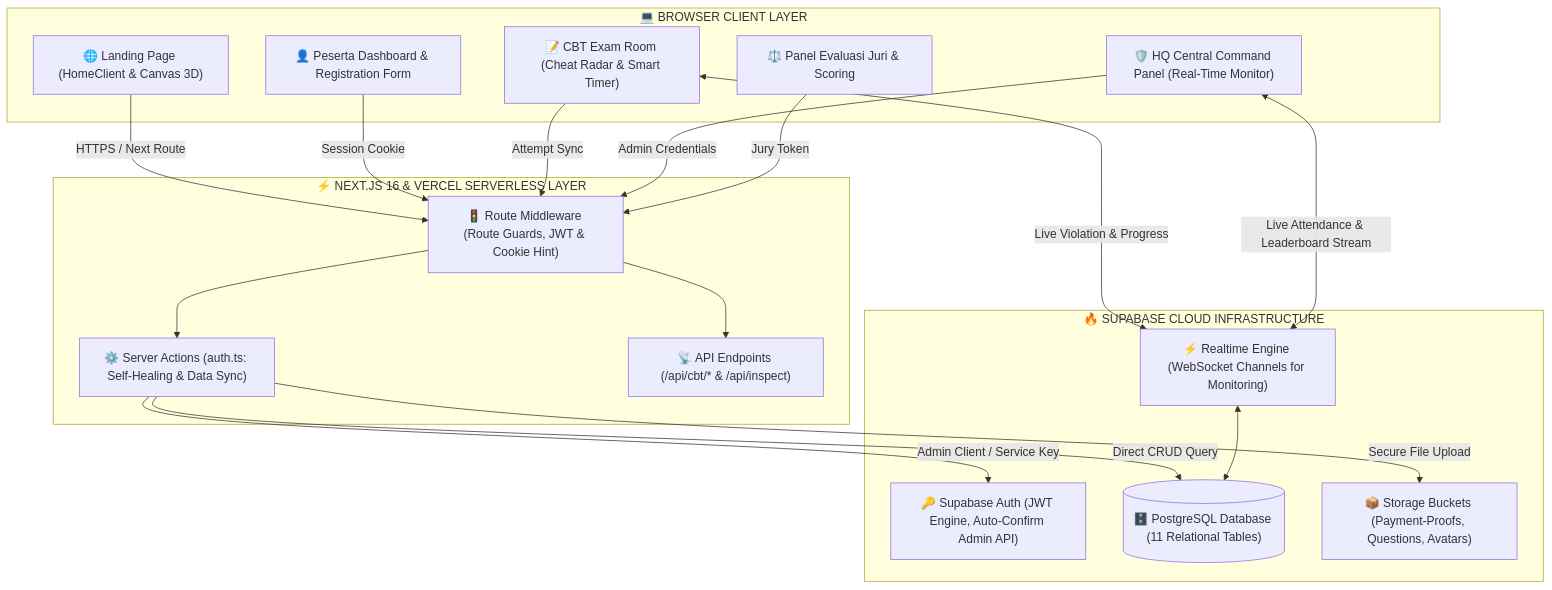
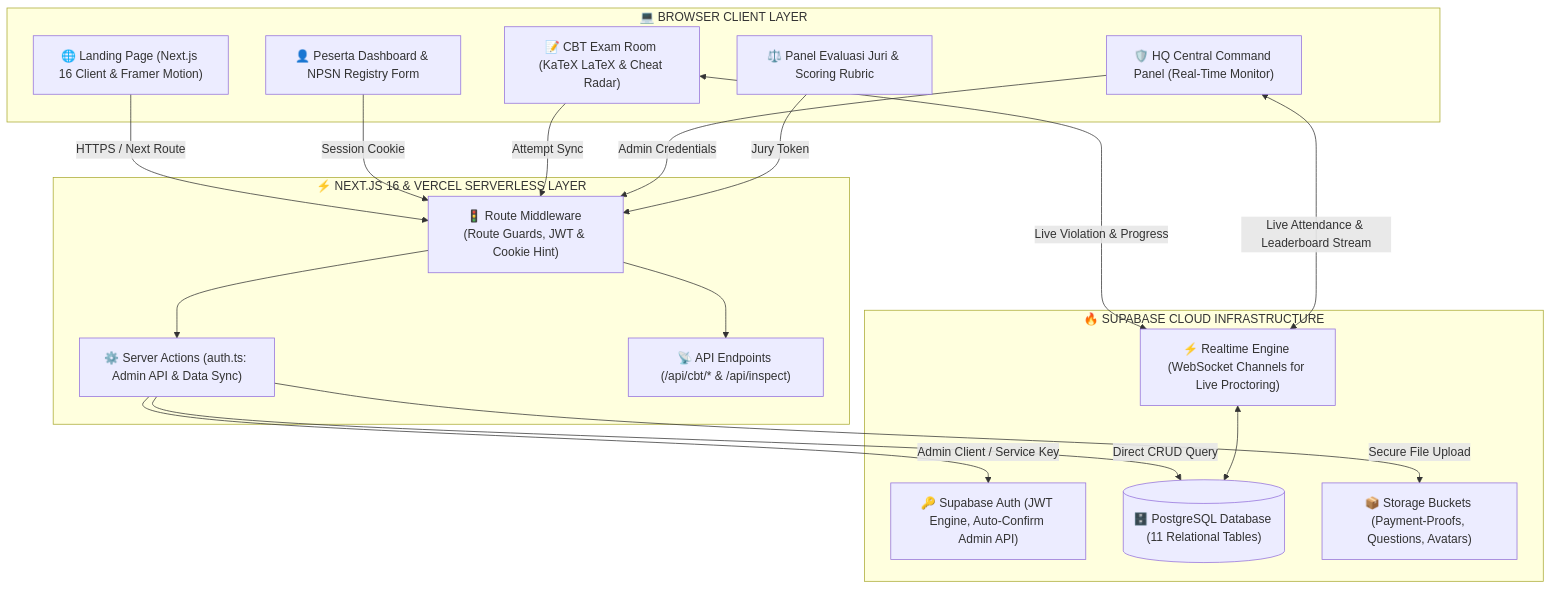
One commit to luthfi5372/National-Creativty-Competition changed the first of 4 diagrams in README.md. Above: the diagram before and after it, drawn with Mermaid. The commit also changed other lines of this file and 6 other files, not shown here.

````diff
--- a/README.md
+++ b/README.md
@@ -53,40 +112,40 @@
 ```mermaid
 flowchart TD
     subgraph Client["💻 BROWSER CLIENT LAYER"]
-        Landing["🌐 Landing Page (HomeClient & Canvas 3D)"]
-        Peserta["👤 Peserta Dashboard & Registration Form"]
-        ExamRoom["📝 CBT Exam Room (Cheat Radar & Smart Timer)"]
+        Landing["🌐 Landing Page (Next.js 16 Client & Framer Motion)"]
+        Peserta["👤 Peserta Dashboard & NPSN Registry Form"]
+        ExamRoom["📝 CBT Exam Room (KaTeX LaTeX & Cheat Radar)"]
         HQ["🛡️ HQ Central Command Panel (Real-Time Monitor)"]
-        Juri["⚖️ Panel Evaluasi Juri & Scoring"]
+        Juri["⚖️ Panel Evaluasi Juri & Scoring Rubric"]
     end
 
     subgraph Edge["⚡ NEXT.JS 16 & VERCEL SERVERLESS LAYER"]
         MW["🚦 Route Middleware (Route Guards, JWT & Cookie Hint)"]
-        SA["⚙️ Server Actions (auth.ts: Self-Healing & Data Sync)"]
+        SA["⚙️ Server Actions (auth.ts: Admin API & Data Sync)"]
         API["📡 API Endpoints (/api/cbt/* & /api/inspect)"]
     end
 
     subgraph Backend["🔥 SUPABASE CLOUD INFRASTRUCTURE"]
         AuthService["🔑 Supabase Auth (JWT Engine, Auto-Confirm Admin API)"]
         Postgres[("🗄️ PostgreSQL Database (11 Relational Tables)")]
         StorageBucket["📦 Storage Buckets (Payment-Proofs, Questions, Avatars)"]
-        RealtimeEngine["⚡ Realtime Engine (WebSocket Channels for Monitoring)"]
+        RealtimeEngine["⚡ Realtime Engine (WebSocket Channels for Live Proctoring)"]
     end
 
     Landing -->|HTTPS / Next Route| MW
     Peserta -->|Session Cookie| MW
     ExamRoom -->|Attempt Sync| MW
     HQ -->|Admin Credentials| MW
     Juri -->|Jury Token| MW
 
     MW --> SA
     MW --> API
 
     SA -->|Admin Client / Service Key| AuthService
     SA -->|Direct CRUD Query| Postgres
     SA -->|Secure File Upload| StorageBucket
 
     ExamRoom <-->|Live Violation & Progress| RealtimeEngine
     HQ <-->|Live Attendance & Leaderboard Stream| RealtimeEngine
     RealtimeEngine <--> Postgres
 ```
````
